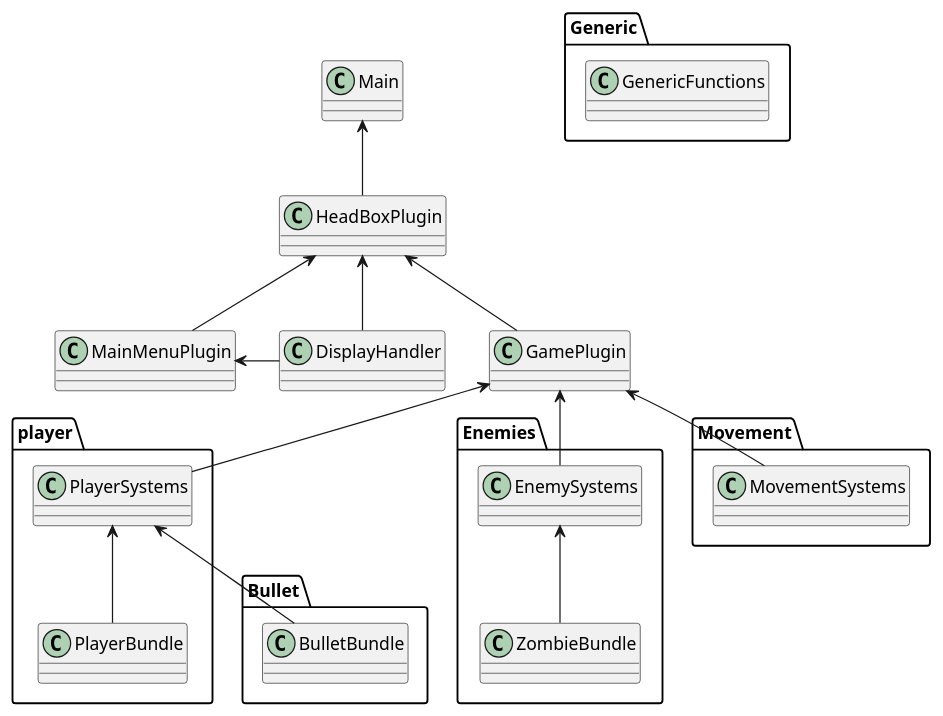
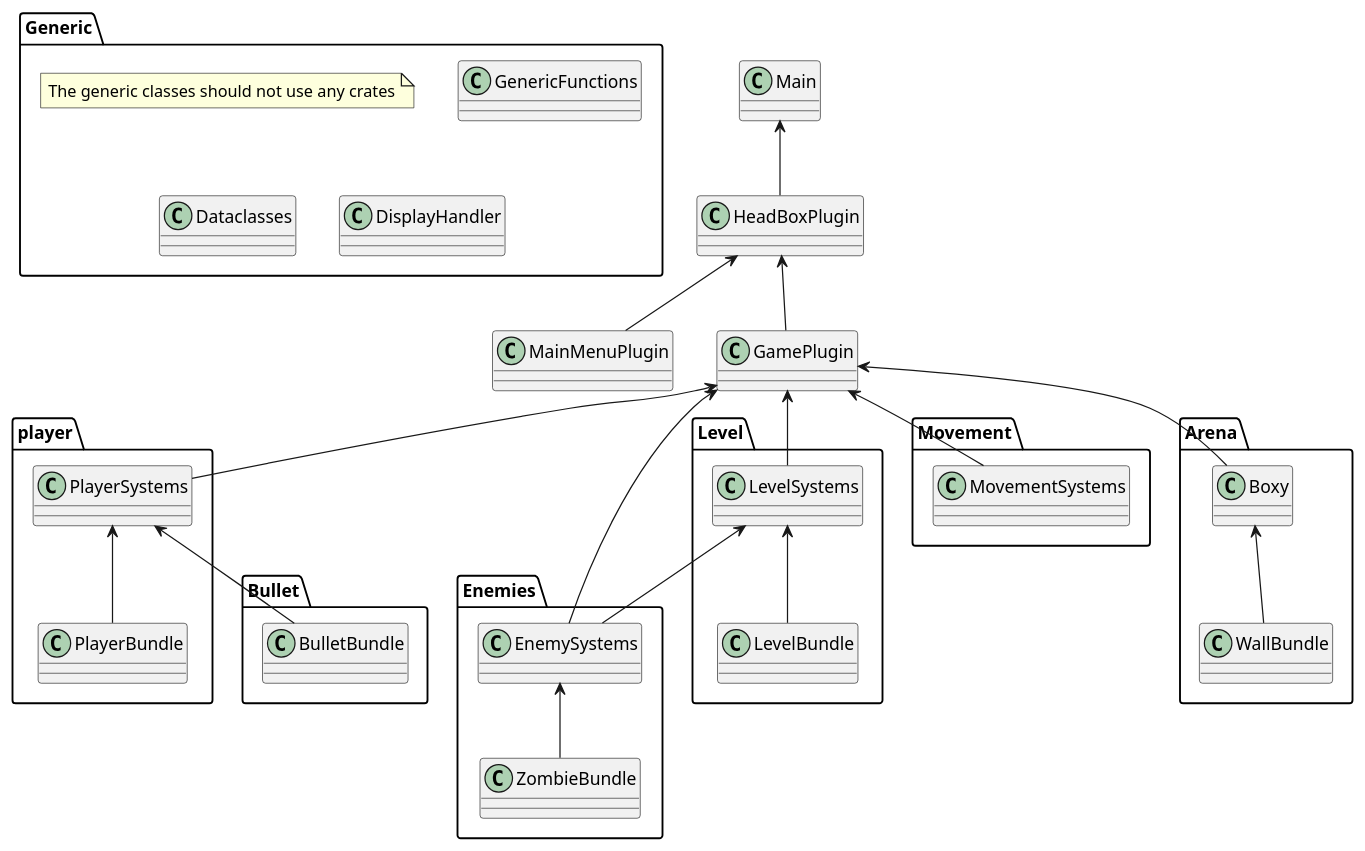
Before and after one commit to LuukHenk/head_box: the diagram in docs/class_layout.puml, drawn with PlantUML. The commit also changed 24 other files, not shown here.

```diff
--- a/docs/class_layout.puml
+++ b/docs/class_layout.puml
@@ -1,49 +1,63 @@
 @startuml
 class Main
 class HeadBoxPlugin
-class DisplayHandler
 class MainMenuPlugin
 class GamePlugin
 
 
 package Generic {
+    note "The generic classes should not use any crates" as N1
     class GenericFunctions
+    class Dataclasses
+    class DisplayHandler
 }
 
 package player {
     class PlayerSystems
     class PlayerBundle
 }
 
 package Bullet {
     class BulletBundle
 }
 
 package Enemies {
     class EnemySystems
     class ZombieBundle
 }
 package Movement {
     class MovementSystems
 }
+package Arena{
+    class WallBundle
+    class Boxy
+}
+package Level{
+    class LevelBundle
+    class LevelSystems
+}
 
 
 Main <-- HeadBoxPlugin
 
 HeadBoxPlugin <-- MainMenuPlugin
 HeadBoxPlugin <-- GamePlugin
-HeadBoxPlugin <-- DisplayHandler
-
-MainMenuPlugin <- DisplayHandler
 
 GamePlugin <-- PlayerSystems
 PlayerSystems <-- PlayerBundle
 
 
 PlayerSystems <-- BulletBundle
 
 GamePlugin <-- EnemySystems
 EnemySystems <-- ZombieBundle
 
 GamePlugin <-- MovementSystems
+
+GamePlugin <-- Boxy
+Boxy <-- WallBundle
+
+GamePlugin <-- LevelSystems
+LevelSystems <-- LevelBundle
+LevelSystems <-- EnemySystems
 @enduml
```
